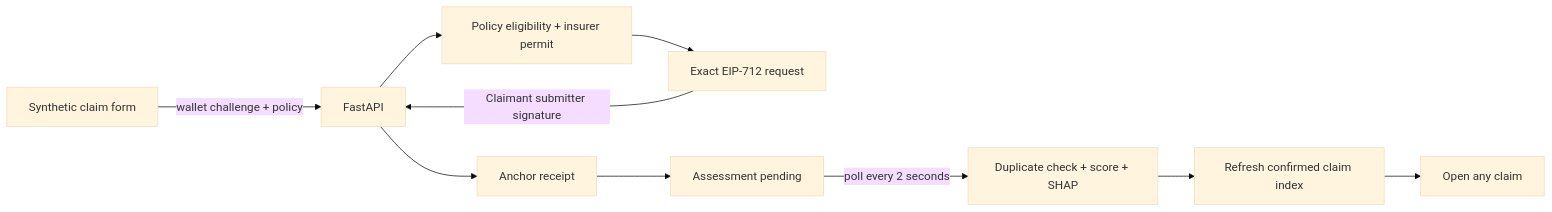
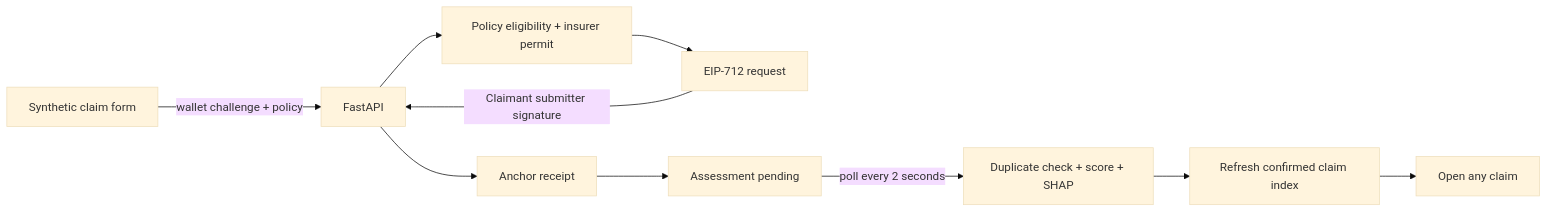
Before and after one commit to ganesh1997oli/Decentralized-Claims-Registry: the first of 2 diagrams in apps/frontend/README.md, drawn with Mermaid (base theme). The commit also changed other lines of this file and 80 other files, not shown here.

````diff
--- a/apps/frontend/README.md
+++ b/apps/frontend/README.md
@@ -11,12 +11,12 @@
 ```mermaid
 flowchart LR
     Form["Synthetic claim form"] -->|"wallet challenge + policy"| API["FastAPI"]
     API --> Eligibility["Policy eligibility + insurer permit"]
-    Eligibility --> Typed["Exact EIP-712 request"]
+    Eligibility --> Typed["EIP-712 request"]
     Typed -->|"Claimant submitter signature"| API
     API --> Receipt["Anchor receipt"]
     Receipt --> Pending["Assessment pending"]
     Pending -->|"poll every 2 seconds"| Result["Duplicate check + score + SHAP"]
     Result --> Dashboard["Refresh confirmed claim index"]
     Dashboard --> Details["Open any claim"]
 ```
````
